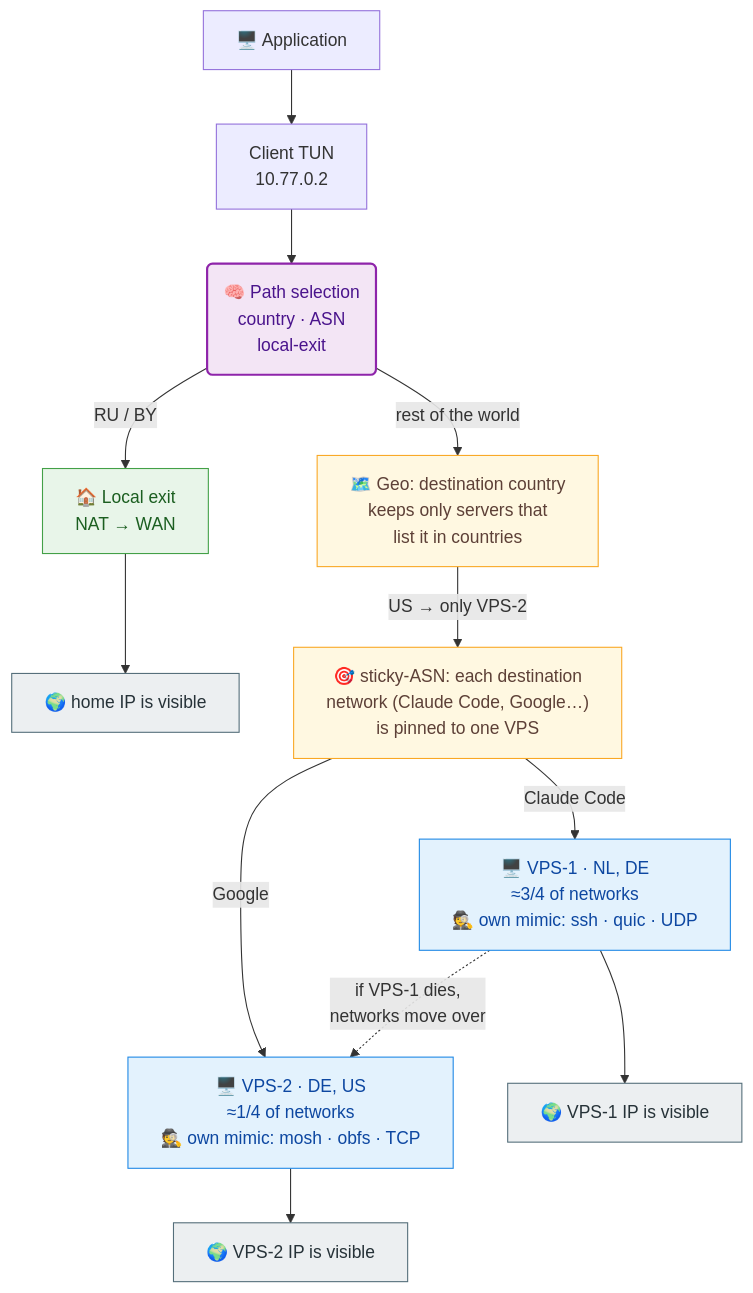
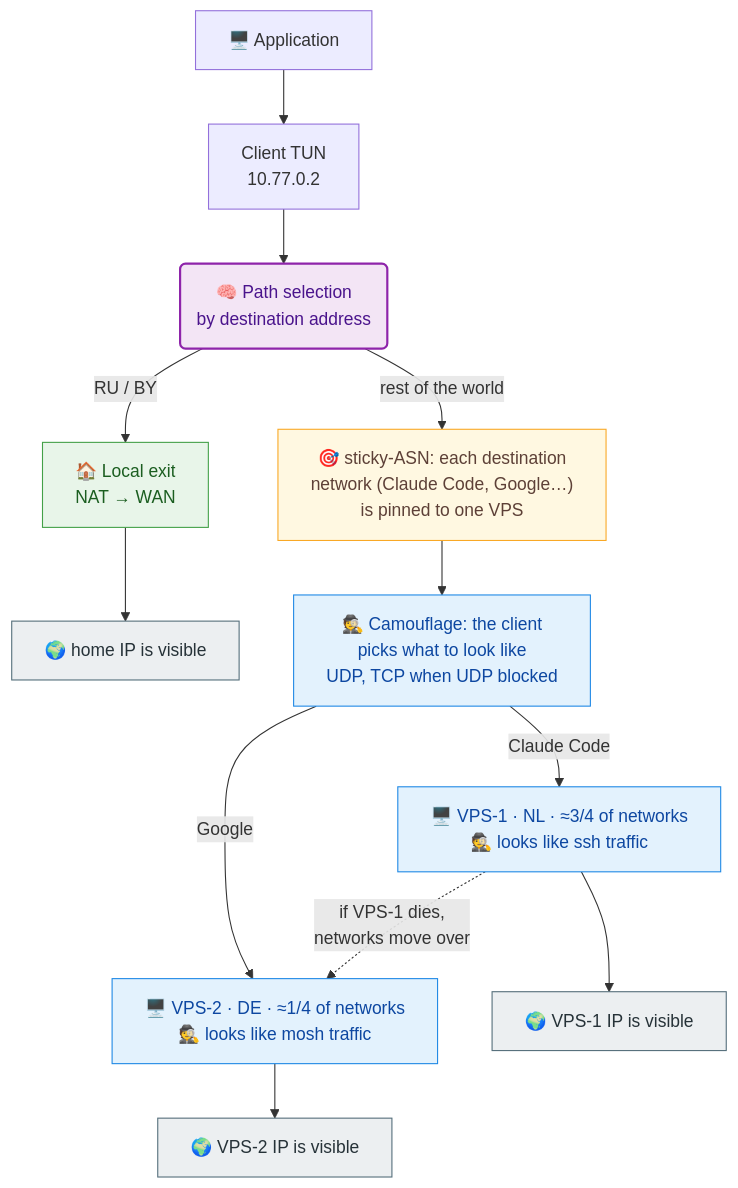
The diagram in README.en.md (vadv/svpn), drawn with Mermaid before and after one commit. The commit also changed other lines of this file and 1 other file, not shown here.

Commit message:
docs: drop geo from the diagram and describe camouflage as automatic
The picture now shows only the decisions a reader needs: RU/BY local
exit, sticky-ASN for the rest, then automatic camouflage with UDP and
TCP fallback. Per-VPS nodes say what the traffic looks like (ssh or
mosh), which reads as disguise rather than an allowed-protocol list.
Country scoping stays in ADVANCED.

````diff
--- a/README.en.md
+++ b/README.en.md
@@ -9,25 +9,25 @@
 ```mermaid
 %%{init: {"flowchart": {"wrappingWidth": 280}}}%%
 flowchart TD
     app["🖥️ Application"] --> tun["Client TUN<br/>10.77.0.2"]
-    tun --> brain("🧠 Path selection<br/>country · ASN<br/>local-exit")
+    tun --> brain("🧠 Path selection<br/>by destination address")
     brain -->|"RU / BY"| local["🏠 Local exit<br/>NAT → WAN"]
     local --> home["🌍 home IP is visible"]
-    brain -->|"rest of the world"| geo["🗺️ Geo: destination country<br/>keeps only servers that<br/>list it in countries"]
-    geo -->|"US → only VPS-2"| asn["🎯 sticky-ASN: each destination<br/>network (Claude Code, Google…)<br/>is pinned to one VPS"]
-    asn -->|"Claude Code"| vps1["🖥️ VPS-1 · NL, DE<br/>≈3/4 of networks<br/>🕵️ own mimic: ssh · quic · UDP"]
-    asn -->|"Google"| vps2["🖥️ VPS-2 · DE, US<br/>≈1/4 of networks<br/>🕵️ own mimic: mosh · obfs · TCP"]
+    brain -->|"rest of the world"| asn["🎯 sticky-ASN: each destination<br/>network (Claude Code, Google…)<br/>is pinned to one VPS"]
+    asn --> mimic["🕵️ Camouflage: the client<br/>picks what to look like<br/>UDP, TCP when UDP blocked"]
+    mimic -->|"Claude Code"| vps1["🖥️ VPS-1 · NL · ≈3/4 of networks<br/>🕵️ looks like ssh traffic"]
+    mimic -->|"Google"| vps2["🖥️ VPS-2 · DE · ≈1/4 of networks<br/>🕵️ looks like mosh traffic"]
     vps1 --> net1["🌍 VPS-1 IP is visible"]
     vps2 --> net2["🌍 VPS-2 IP is visible"]
     vps1 -.->|"if VPS-1 dies,<br/>networks move over"| vps2
     classDef brain fill:#f3e5f5,stroke:#8e24aa,stroke-width:2px,color:#4a148c
     classDef local fill:#e8f5e9,stroke:#43a047,color:#1b5e20
     classDef asn fill:#fff8e1,stroke:#f9a825,color:#5d4037
     classDef vpn fill:#e3f2fd,stroke:#1e88e5,color:#0d47a1
     classDef edge fill:#eceff1,stroke:#546e7a,color:#263238
     class brain brain
     class local local
-    class geo,asn asn
-    class vps1,vps2 vpn
+    class asn asn
+    class mimic,vps1,vps2 vpn
     class home,net1,net2 edge
 ```
````
